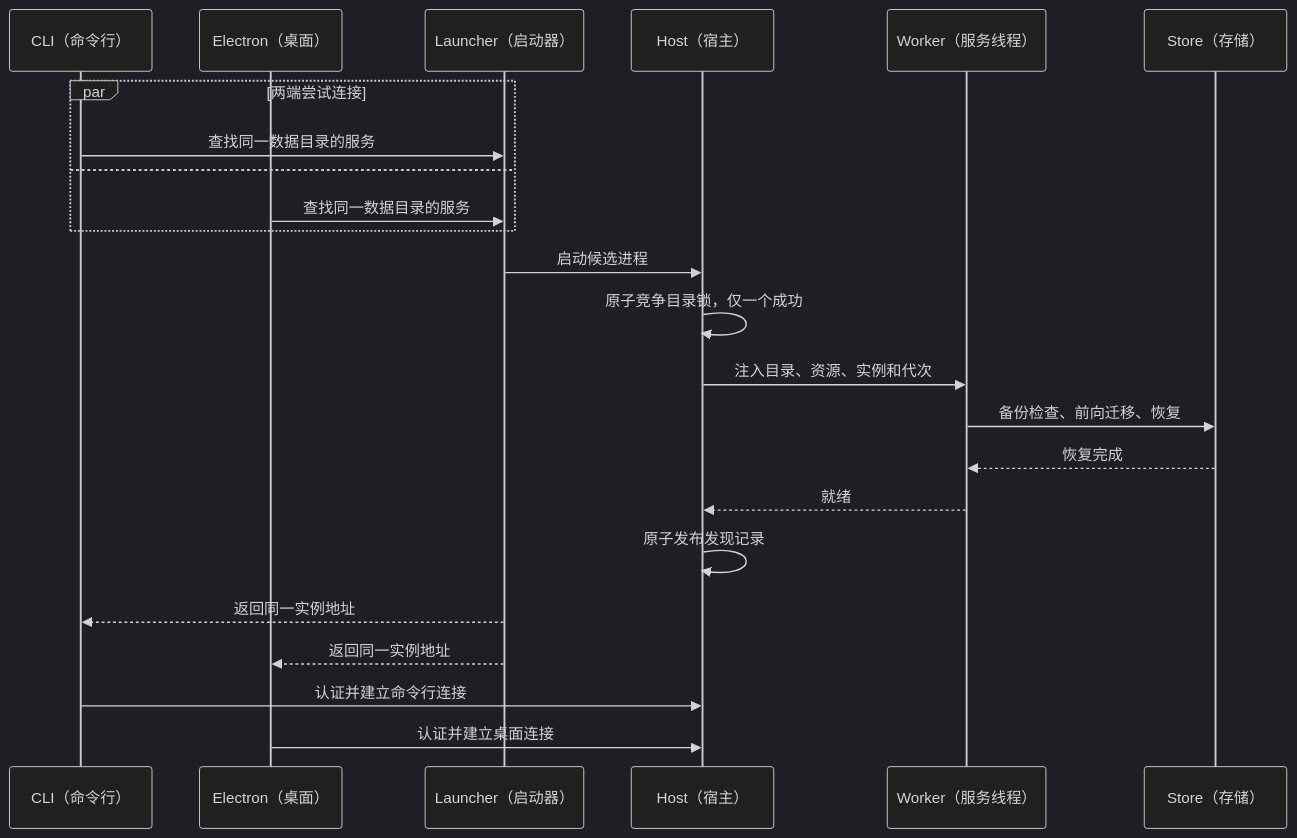
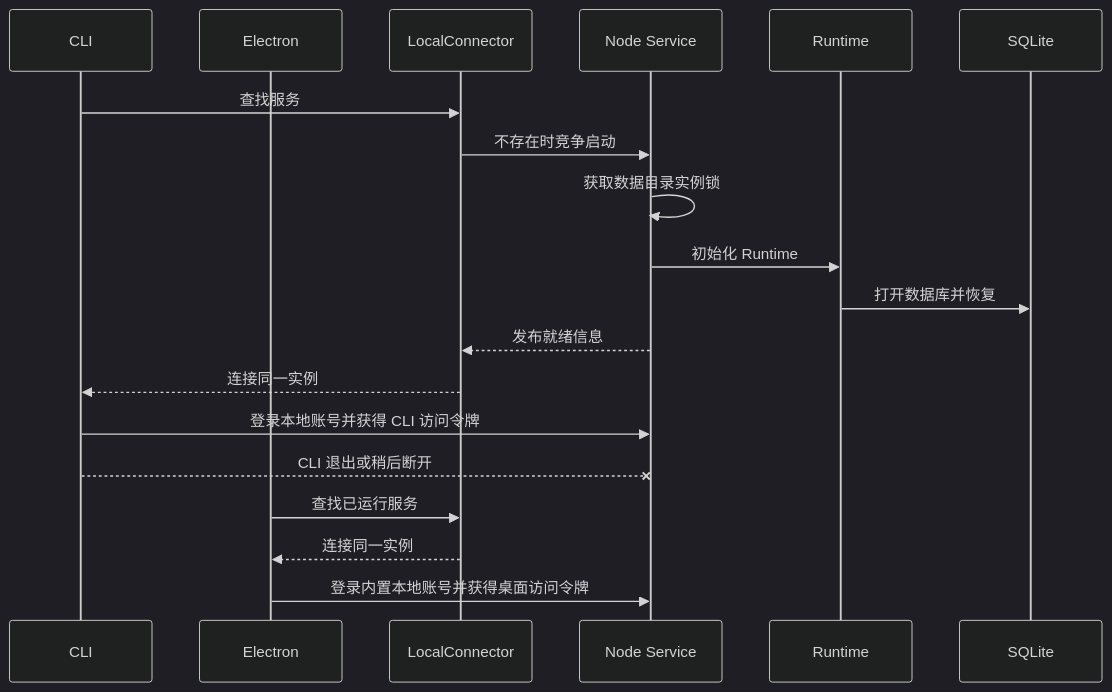
The fourth of 6 diagrams in docs/阶段方案/阶段4.7.0-Runtime独立化开发架构设计.md (CodeDan-CN/agent-base-harness), drawn with Mermaid (dark theme) before and after one commit. The commit also changed other lines of this file and 53 other files, not shown here.

````diff
--- a/docs/阶段方案/阶段4.7.0-Runtime独立化开发架构设计.md
+++ b/docs/阶段方案/阶段4.7.0-Runtime独立化开发架构设计.md
@@ -734,25 +449,22 @@
 ```mermaid
 sequenceDiagram
-    participant C as CLI（命令行）
-    participant E as Electron（桌面）
-    participant L as Launcher（启动器）
-    participant H as Host（宿主）
-    participant W as Worker（服务线程）
-    participant D as Store（存储）
-    par 两端尝试连接
-      C->>L: 查找同一数据目录的服务
-    and
-      E->>L: 查找同一数据目录的服务
-    end
-    L->>H: 启动候选进程
-    H->>H: 原子竞争目录锁，仅一个成功
-    H->>W: 注入目录、资源、实例和代次
-    W->>D: 备份检查、前向迁移、恢复
-    D-->>W: 恢复完成
-    W-->>H: 就绪
-    H->>H: 原子发布发现记录
-    L-->>C: 返回同一实例地址
-    L-->>E: 返回同一实例地址
-    C->>H: 认证并建立命令行连接
-    E->>H: 认证并建立桌面连接
+    participant C as CLI
+    participant E as Electron
+    participant L as LocalConnector
+    participant S as Node Service
+    participant R as Runtime
+    participant D as SQLite
+
+    C->>L: 查找服务
+    L->>S: 不存在时竞争启动
+    S->>S: 获取数据目录实例锁
+    S->>R: 初始化 Runtime
+    R->>D: 打开数据库并恢复
+    S-->>L: 发布就绪信息
+    L-->>C: 连接同一实例
+    C->>S: 登录本地账号并获得 CLI 访问令牌
+    C--xS: CLI 退出或稍后断开
+    E->>L: 查找已运行服务
+    L-->>E: 连接同一实例
+    E->>S: 登录内置本地账号并获得桌面访问令牌
 ```
````
